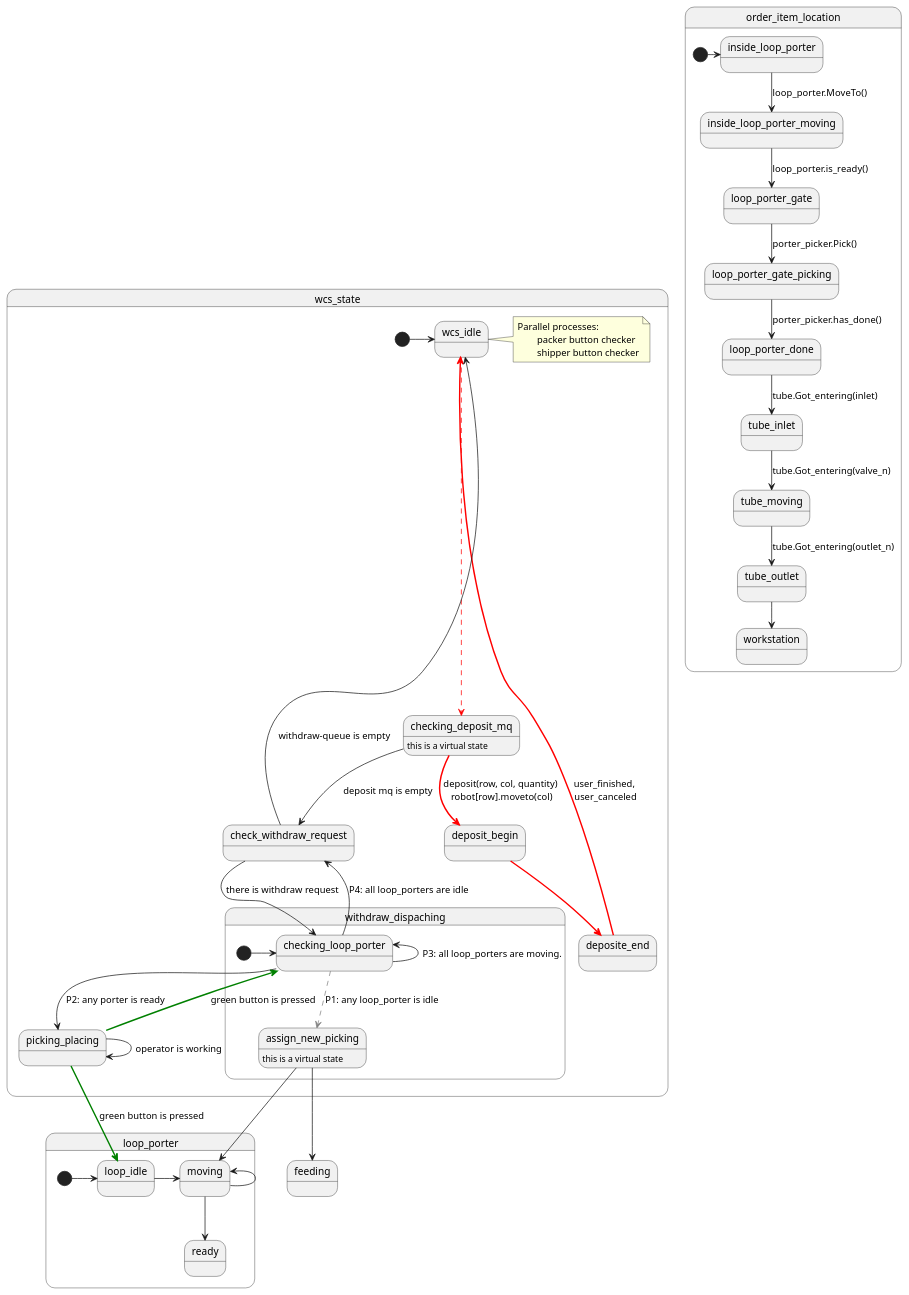
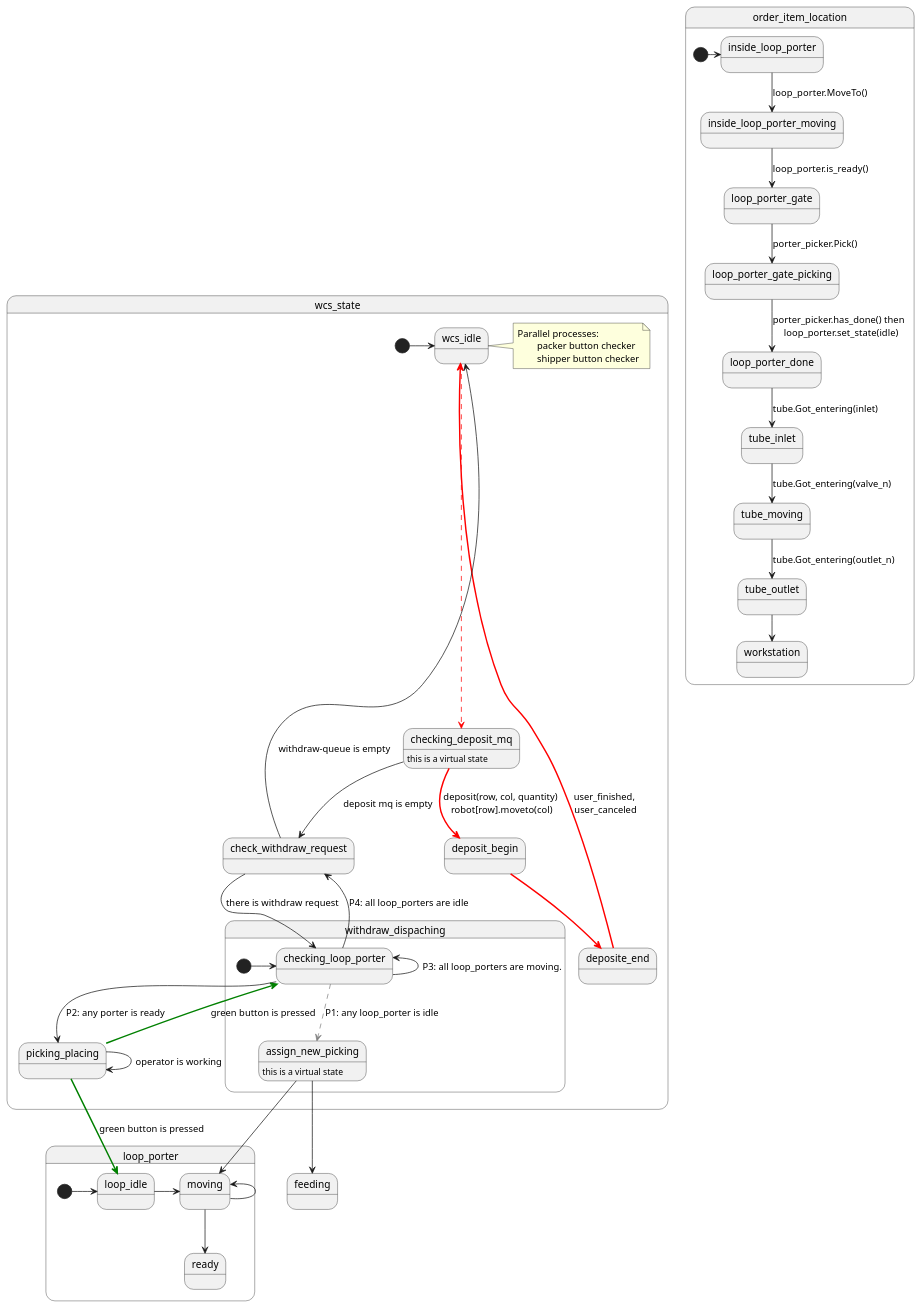
One commit to voicevon/gobot_front changed the diagram in apps/port1234/twh_wcs/docs/wcs_looper_tube.puml. Above: the diagram before and after it, drawn with PlantUML. The commit also changed 4 other files, not shown here.

```diff
--- a/apps/port1234/twh_wcs/docs/wcs_looper_tube.puml
+++ b/apps/port1234/twh_wcs/docs/wcs_looper_tube.puml
@@ -1,57 +1,57 @@
 @startuml
 
 state wcs_state{
 	[*] -> wcs_idle
 	wcs_idle-[#red,dashed]-> checking_deposit_mq
 	checking_deposit_mq -[#red,bold]-> deposit_begin: deposit(row, col, quantity) \nrobot[row].moveto(col)
 	deposit_begin -[#red,bold]-> deposite_end
 	deposite_end -[#red,bold]->wcs_idle: user_finished, \nuser_canceled
 	checking_deposit_mq: this is a virtual state
 
 	state withdraw_dispaching{
 		[*] -> checking_loop_porter
 		checking_loop_porter -[#grey,dashed]-> assign_new_picking : P1: any loop_porter is idle
 		assign_new_picking: this is a virtual state
 
 	}
 	checking_loop_porter --> picking_placing : P2: any porter is ready  
 	checking_loop_porter <-- checking_loop_porter: P3: all loop_porters are moving.
 	picking_placing -> picking_placing: operator is working
 	picking_placing -[#green,bold]-> checking_loop_porter : green button is pressed
 	checking_deposit_mq --> check_withdraw_request: deposit mq is empty
 	check_withdraw_request --> wcs_idle:  withdraw-queue is empty
 	check_withdraw_request --> checking_loop_porter: there is withdraw request
 	check_withdraw_request <-- checking_loop_porter: P4: all loop_porters are idle
 	note right of wcs_idle
 	Parallel processes:
 		packer button checker
 		shipper button checker
 	end note
 }
 
 
 state loop_porter {
 	[*] -> loop_idle 
 	loop_idle -> moving
 	moving <- moving
 	moving --> ready
 }
 
 picking_placing -[#green,bold]-> loop_idle : green button is pressed
 assign_new_picking --> moving
 
 
 state order_item_location{
 	[*] -> inside_loop_porter
 	inside_loop_porter --> inside_loop_porter_moving: loop_porter.MoveTo()
     inside_loop_porter_moving --> loop_porter_gate: loop_porter.is_ready()
 	loop_porter_gate --> loop_porter_gate_picking: porter_picker.Pick()
-    loop_porter_gate_picking --> loop_porter_done: porter_picker.has_done()
+    loop_porter_gate_picking --> loop_porter_done: porter_picker.has_done() then \n loop_porter.set_state(idle)
     loop_porter_done --> tube_inlet: tube.Got_entering(inlet)
     tube_inlet --> tube_moving: tube.Got_entering(valve_n)
 	tube_moving --> tube_outlet: tube.Got_entering(outlet_n)
     tube_outlet --> workstation
 }
 
 assign_new_picking --> feeding
 @enduml
```
